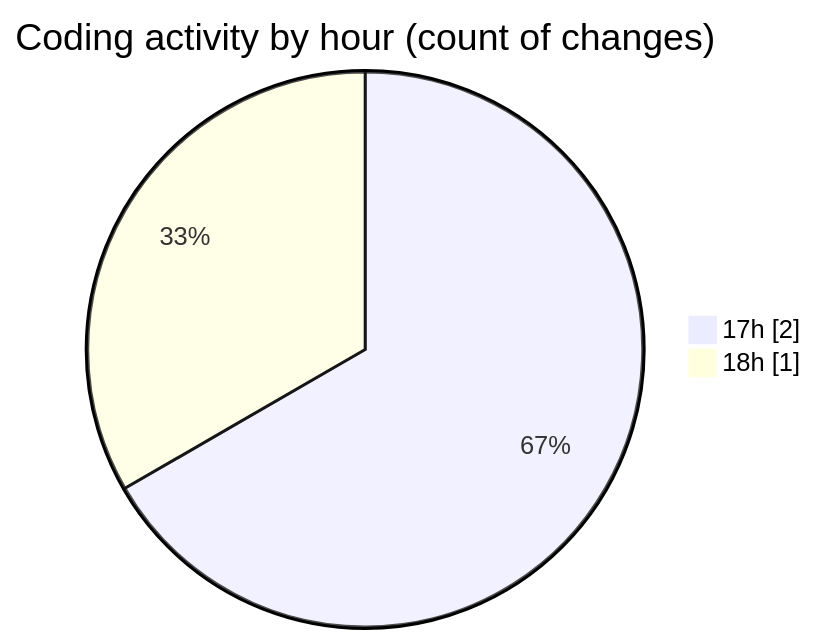
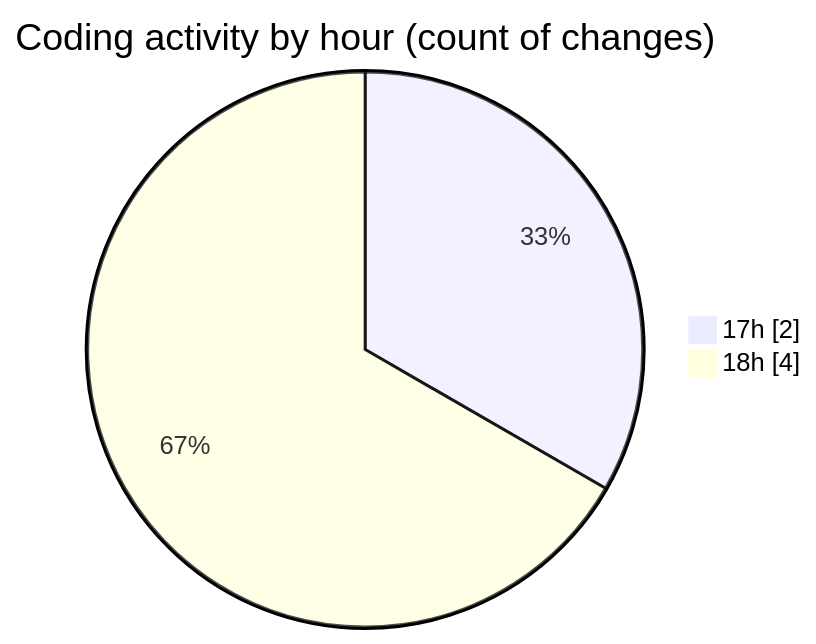
The second of 2 diagrams in 2026-05-29/assignment_3/README.md (Unknowalive/code-tracking), drawn with Mermaid before and after one commit. The commit also changed other lines of this file and 1 other file, not shown here.

````diff
--- a/2026-05-29/assignment_3/README.md
+++ b/2026-05-29/assignment_3/README.md
@@ -30,6 +33,6 @@
 ```mermaid
 pie showData
 title Coding activity by hour (count of changes)
 "17h" : 2
-"18h" : 1
+"18h" : 4
 ```
````
